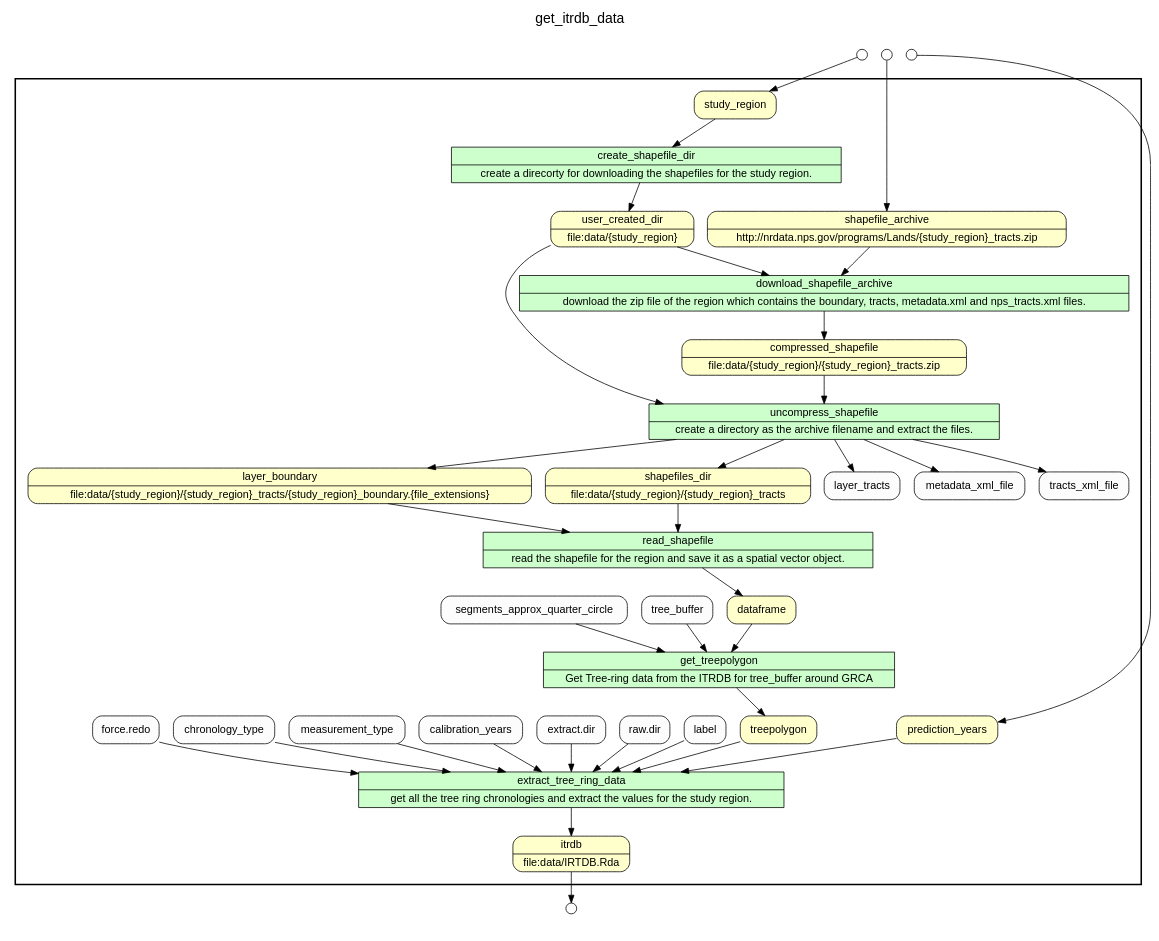
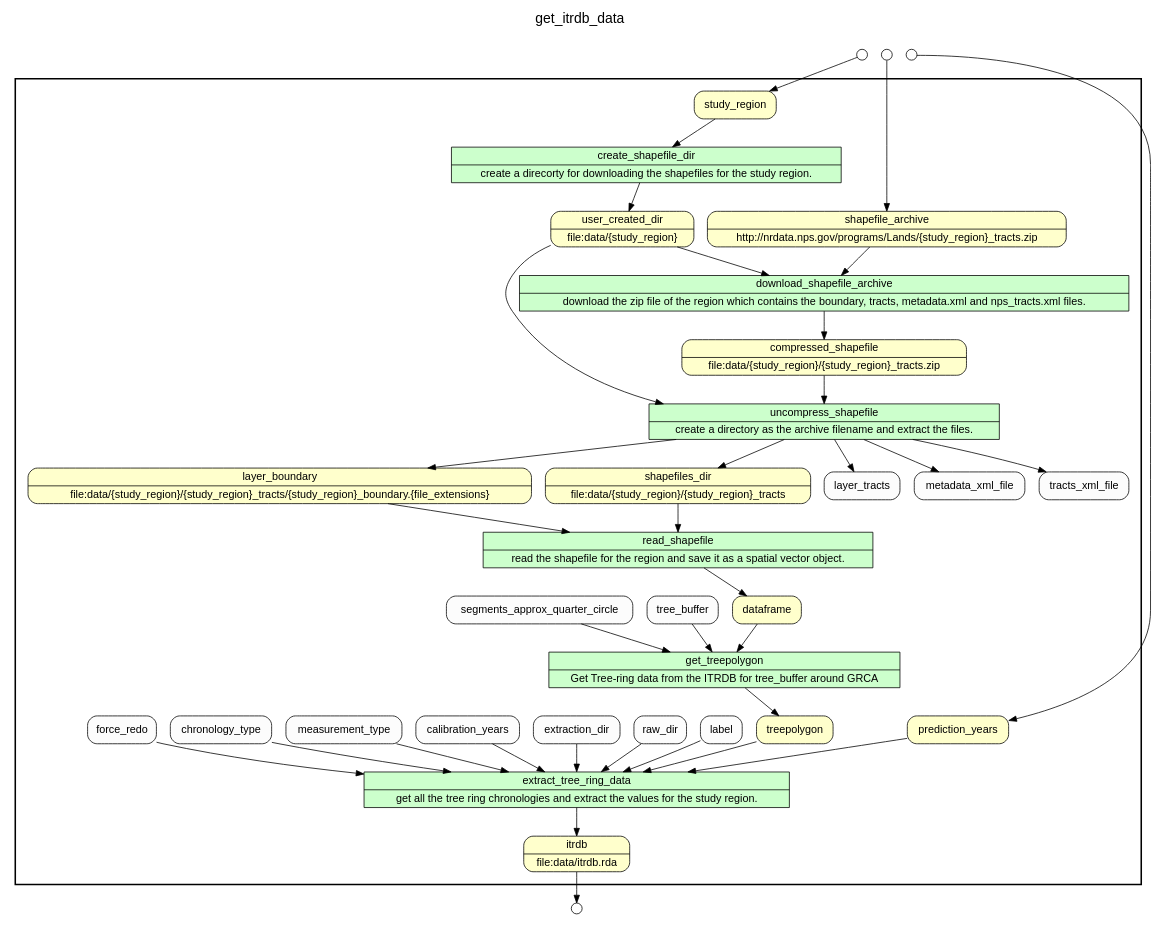
The diagram in yw/gv_files/get_itrdb_data.gv (idaks/wt-prov-Summer-2017), drawn with Graphviz before and after one commit. The commit also changed 182 other files, not shown here.

Commit message:
Recon Graphs

```diff
--- a/yw/gv_files/get_itrdb_data.gv
+++ b/yw/gv_files/get_itrdb_data.gv
@@ -1,116 +1,116 @@
 
 /* Start of top-level graph */
 digraph Workflow {
 rankdir=TB
 
 /* Title for graph */
 fontname=Helvetica; fontsize=18; labelloc=t
 label=get_itrdb_data
 
 /* Start of double cluster for drawing box around nodes in workflow */
 subgraph cluster_workflow_box_outer { label=""; color=black; penwidth=2
 subgraph cluster_workflow_box_inner { label=""; penwidth=0
 
 /* Style for nodes representing atomic programs in workflow */
 node[shape=box style=filled fillcolor="#CCFFCC" peripheries=1 fontname=Helvetica]
 
 /* Nodes representing atomic programs in workflow */
 create_shapefile_dir [shape=record rankdir=LR label="{<f0> create_shapefile_dir |<f1> create a direcorty for downloading the shapefiles for the study region.}"];
 download_shapefile_archive [shape=record rankdir=LR label="{<f0> download_shapefile_archive |<f1> download the zip file of the region which contains the boundary, tracts, metadata.xml and nps_tracts.xml files.}"];
 uncompress_shapefile [shape=record rankdir=LR label="{<f0> uncompress_shapefile |<f1> create a directory as the archive filename and extract the files.}"];
 read_shapefile [shape=record rankdir=LR label="{<f0> read_shapefile |<f1> read the shapefile for the region and save it as a spatial vector object.}"];
 get_treepolygon [shape=record rankdir=LR label="{<f0> get_treepolygon |<f1> Get Tree-ring data from the ITRDB for tree_buffer around GRCA}"];
 extract_tree_ring_data [shape=record rankdir=LR label="{<f0> extract_tree_ring_data |<f1> get all the tree ring chronologies and extract the values for the study region.}"];
 
 /* Style for nodes representing non-parameter data channels in workflow */
 node[shape=box style="rounded,filled" fillcolor="#FFFFCC" peripheries=1 fontname=Helvetica]
 
 /* Nodes for non-parameter data channels in workflow */
-itrdb [shape=record rankdir=LR label="{<f0> itrdb |<f1> file\:data/IRTDB.Rda}"];
+itrdb [shape=record rankdir=LR label="{<f0> itrdb |<f1> file\:data/itrdb.rda}"];
 study_region
 shapefile_archive [shape=record rankdir=LR label="{<f0> shapefile_archive |<f1> http\://nrdata.nps.gov/programs/Lands/\{study_region\}_tracts.zip}"];
 user_created_dir [shape=record rankdir=LR label="{<f0> user_created_dir |<f1> file\:data/\{study_region\}}"];
 compressed_shapefile [shape=record rankdir=LR label="{<f0> compressed_shapefile |<f1> file\:data/\{study_region\}/\{study_region\}_tracts.zip}"];
 layer_boundary [shape=record rankdir=LR label="{<f0> layer_boundary |<f1> file\:data/\{study_region\}/\{study_region\}_tracts/\{study_region\}_boundary.\{file_extensions\}}"];
 shapefiles_dir [shape=record rankdir=LR label="{<f0> shapefiles_dir |<f1> file\:data/\{study_region\}/\{study_region\}_tracts}"];
 dataframe
 treepolygon
 prediction_years
 
 /* Style for nodes representing parameter channels in workflow */
 node[shape=box style="rounded,filled" fillcolor="#FCFCFC" peripheries=1 fontname=Helvetica]
 
 /* Nodes representing parameter channels in workflow */
 
 /* Edges representing connections between programs and channels */
 create_shapefile_dir -> user_created_dir
 study_region -> create_shapefile_dir
 download_shapefile_archive -> compressed_shapefile
 shapefile_archive -> download_shapefile_archive
 user_created_dir -> download_shapefile_archive
 uncompress_shapefile -> shapefiles_dir
 uncompress_shapefile -> layer_boundary
 uncompress_shapefile -> layer_tracts
 uncompress_shapefile -> metadata_xml_file
 uncompress_shapefile -> tracts_xml_file
 compressed_shapefile -> uncompress_shapefile
 user_created_dir -> uncompress_shapefile
 read_shapefile -> dataframe
 layer_boundary -> read_shapefile
 shapefiles_dir -> read_shapefile
 get_treepolygon -> treepolygon
 tree_buffer -> get_treepolygon
 dataframe -> get_treepolygon
 segments_approx_quarter_circle -> get_treepolygon
 extract_tree_ring_data -> itrdb
 treepolygon -> extract_tree_ring_data
 label -> extract_tree_ring_data
-"raw.dir" -> extract_tree_ring_data
-"extract.dir" -> extract_tree_ring_data
+raw_dir -> extract_tree_ring_data
+extraction_dir -> extract_tree_ring_data
 prediction_years -> extract_tree_ring_data
 calibration_years -> extract_tree_ring_data
 measurement_type -> extract_tree_ring_data
 chronology_type -> extract_tree_ring_data
-"force.redo" -> extract_tree_ring_data
+force_redo -> extract_tree_ring_data
 
 /* End of double cluster for drawing box around nodes in workflow */
 }}
 
 /* Hidden double-cluster for grouping workflow input ports */
 subgraph cluster_input_ports_group_outer { label=""; penwidth=0
 subgraph cluster_input_ports_group_inner { label=""; penwidth=0
 
 /* Style for nodes representing workflow input ports */
 node[shape=circle style="rounded,filled" fillcolor="#FFFFFF" peripheries=1 fontname=Helvetica width=0.2]
 
 /* Nodes representing workflow input ports */
 shapefile_archive_input_port [label=""]
 study_region_input_port [label=""]
 prediction_years_input_port [label=""]
 
 /* End of double-cluster for grouping workflow input ports */
 }}
 
 /* Hidden double-cluster for grouping workflow output ports */
 subgraph cluster_output_ports_group_outer { label=""; penwidth=0
 subgraph cluster_output_ports_group_inner { label=""; penwidth=0
 
 /* Style for nodes representing workflow output ports */
 node[shape=circle style="rounded,filled" fillcolor="#FFFFFF" peripheries=1 fontname=Helvetica width=0.2]
 
 /* Nodes representing workflow output ports */
 itrdb_output_port [label=""]
 
 /* End of double-cluster for grouping workflow output ports */
 }}
 
 /* Edges from input ports to channels */
 shapefile_archive_input_port -> shapefile_archive
 study_region_input_port -> study_region
 prediction_years_input_port -> prediction_years
 
 /* Edges from channels to output ports */
 itrdb -> itrdb_output_port
 
 /* End of top-level graph */
 }
```
